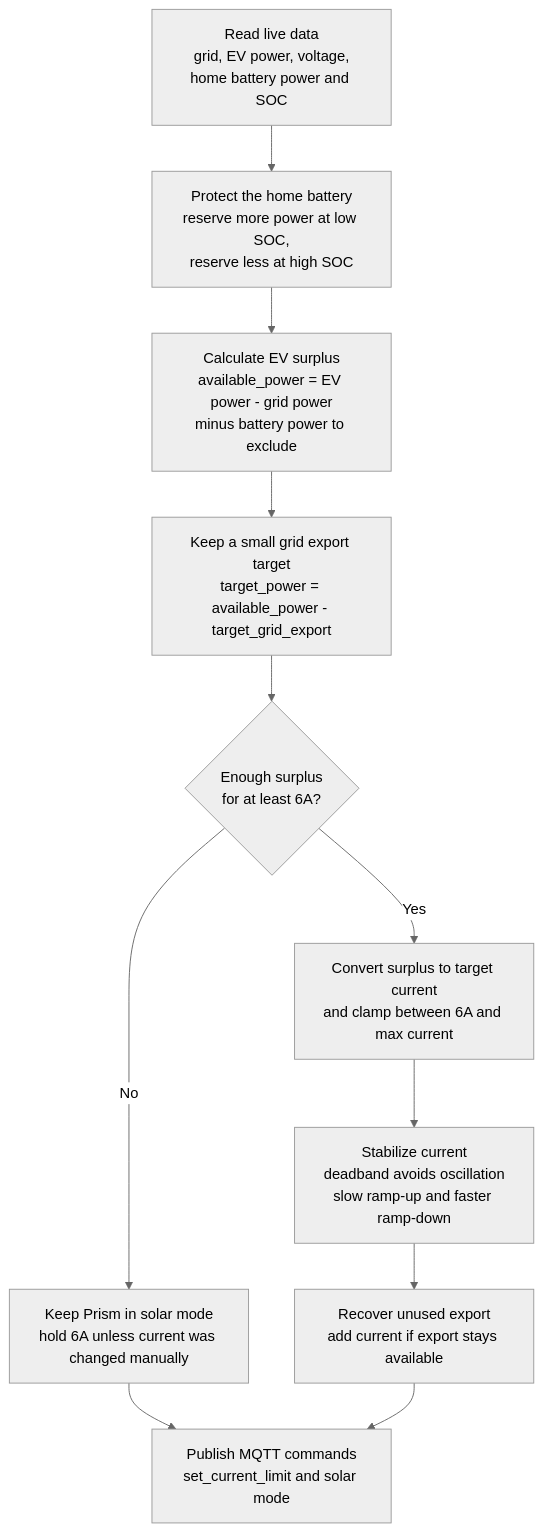
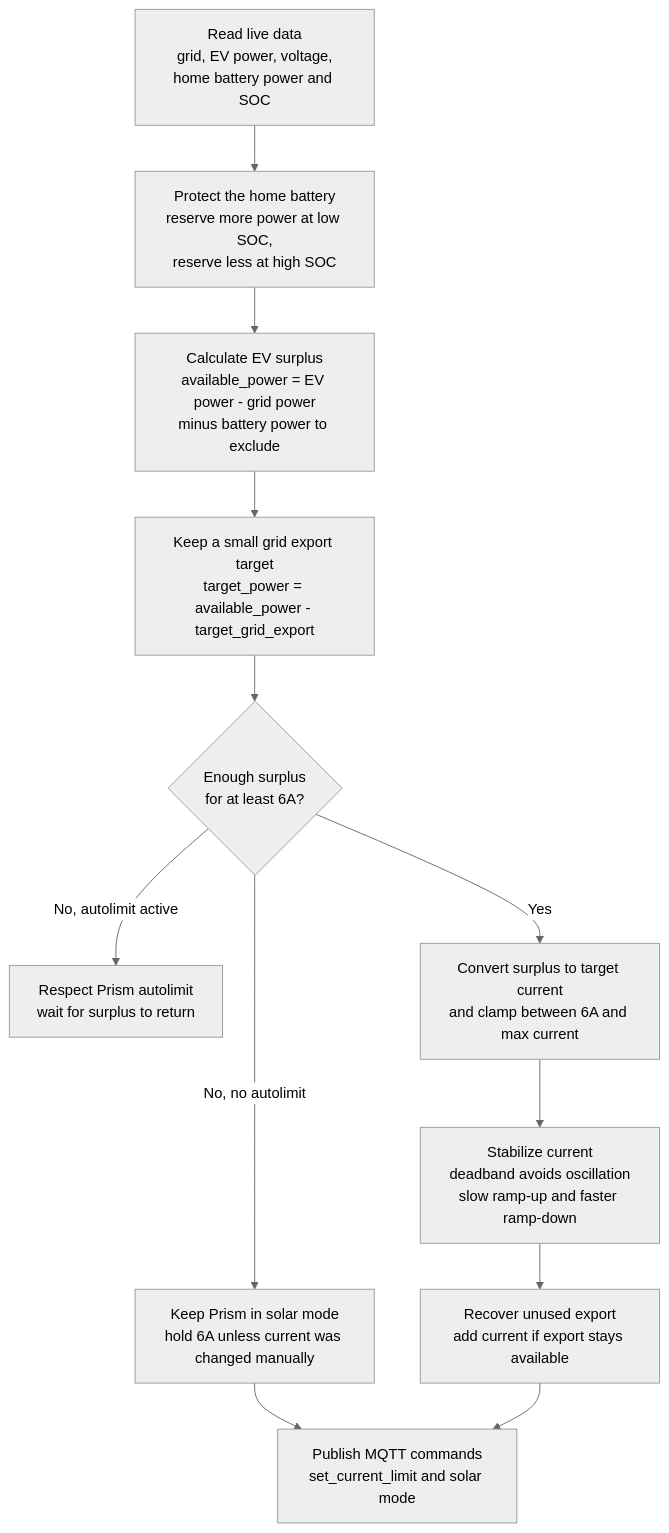
The diagram in README.md (italoc/silla-prism-integration), drawn with Mermaid (neutral theme) before and after one commit. The commit also changed other lines of this file and 4 other files, not shown here.

Commit message:
Respect autolimit during low solar surplus

````diff
--- a/README.md
+++ b/README.md
@@ -155,15 +157,16 @@
 ```mermaid
 flowchart TD
     A["Read live data<br/>grid, EV power, voltage,<br/>home battery power and SOC"] --> B["Protect the home battery<br/>reserve more power at low SOC,<br/>reserve less at high SOC"]
     B --> C["Calculate EV surplus<br/>available_power = EV power - grid power<br/>minus battery power to exclude"]
     C --> D["Keep a small grid export target<br/>target_power = available_power - target_grid_export"]
     D --> E{"Enough surplus<br/>for at least 6A?"}
 
-    E -->|No| F["Keep Prism in solar mode<br/>hold 6A unless current was changed manually"]
+    E -->|No, autolimit active| F["Respect Prism autolimit<br/>wait for surplus to return"]
+    E -->|No, no autolimit| G["Keep Prism in solar mode<br/>hold 6A unless current was changed manually"]
     E -->|Yes| H["Convert surplus to target current<br/>and clamp between 6A and max current"]
 
-    F --> K["Publish MQTT commands<br/>set_current_limit and solar mode"]
+    G --> K["Publish MQTT commands<br/>set_current_limit and solar mode"]
     H --> I["Stabilize current<br/>deadband avoids oscillation<br/>slow ramp-up and faster ramp-down"]
     I --> J["Recover unused export<br/>add current if export stays available"]
     J --> K["Publish MQTT commands<br/>set_current_limit and solar mode"]
 ```
````
